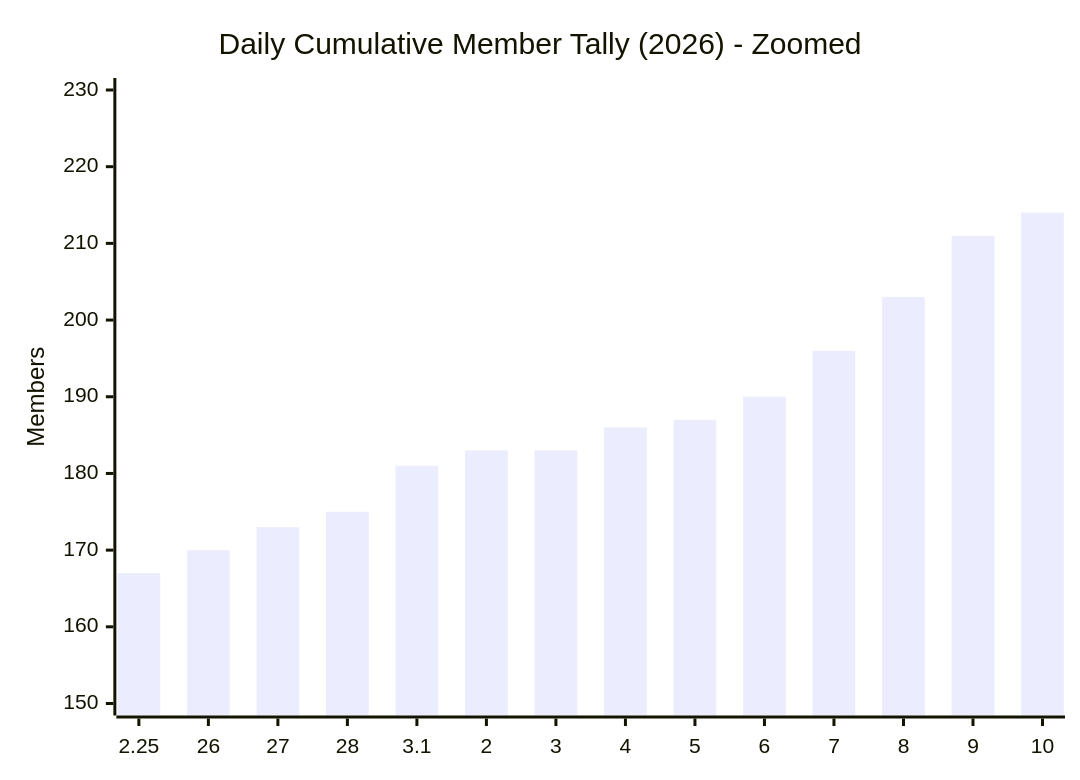
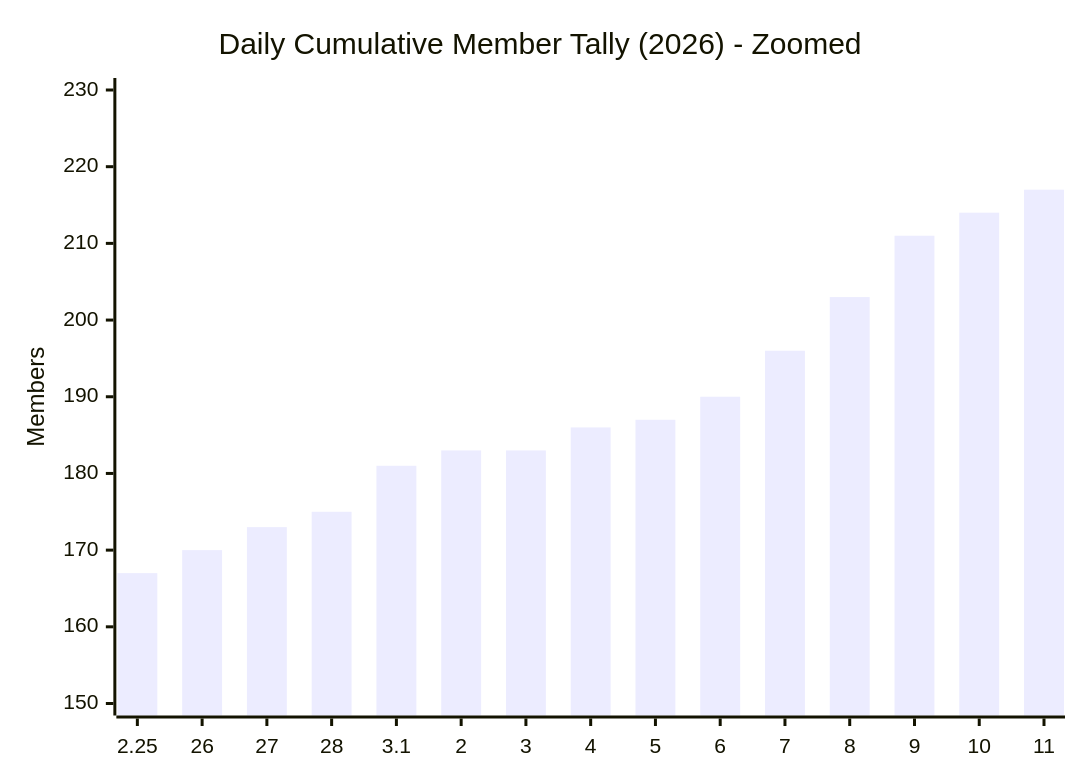
One commit to MattSherwood/March-web changed the second of 3 diagrams in exports/charts/daily-cumulative-member-tally-2026.md. Above: the diagram before and after it, drawn with Mermaid. The commit also changed other lines of this file and 4 other files, not shown here.

````diff
--- a/exports/charts/daily-cumulative-member-tally-2026.md
+++ b/exports/charts/daily-cumulative-member-tally-2026.md
@@ -15,7 +15,7 @@
 ```mermaid
 xychart-beta
     title "Daily Cumulative Member Tally (2026) - Zoomed"
-    x-axis ["2.25", "26", "27", "28", "3.1", "2", "3", "4", "5", "6", "7", "8", "9", "10"]
+    x-axis ["2.25", "26", "27", "28", "3.1", "2", "3", "4", "5", "6", "7", "8", "9", "10", "11"]
     y-axis "Members" 150 --> 230
-    bar [167, 170, 173, 175, 181, 183, 183, 186, 187, 190, 196, 203, 211, 214]
+    bar [167, 170, 173, 175, 181, 183, 183, 186, 187, 190, 196, 203, 211, 214, 217]
 ```
````
